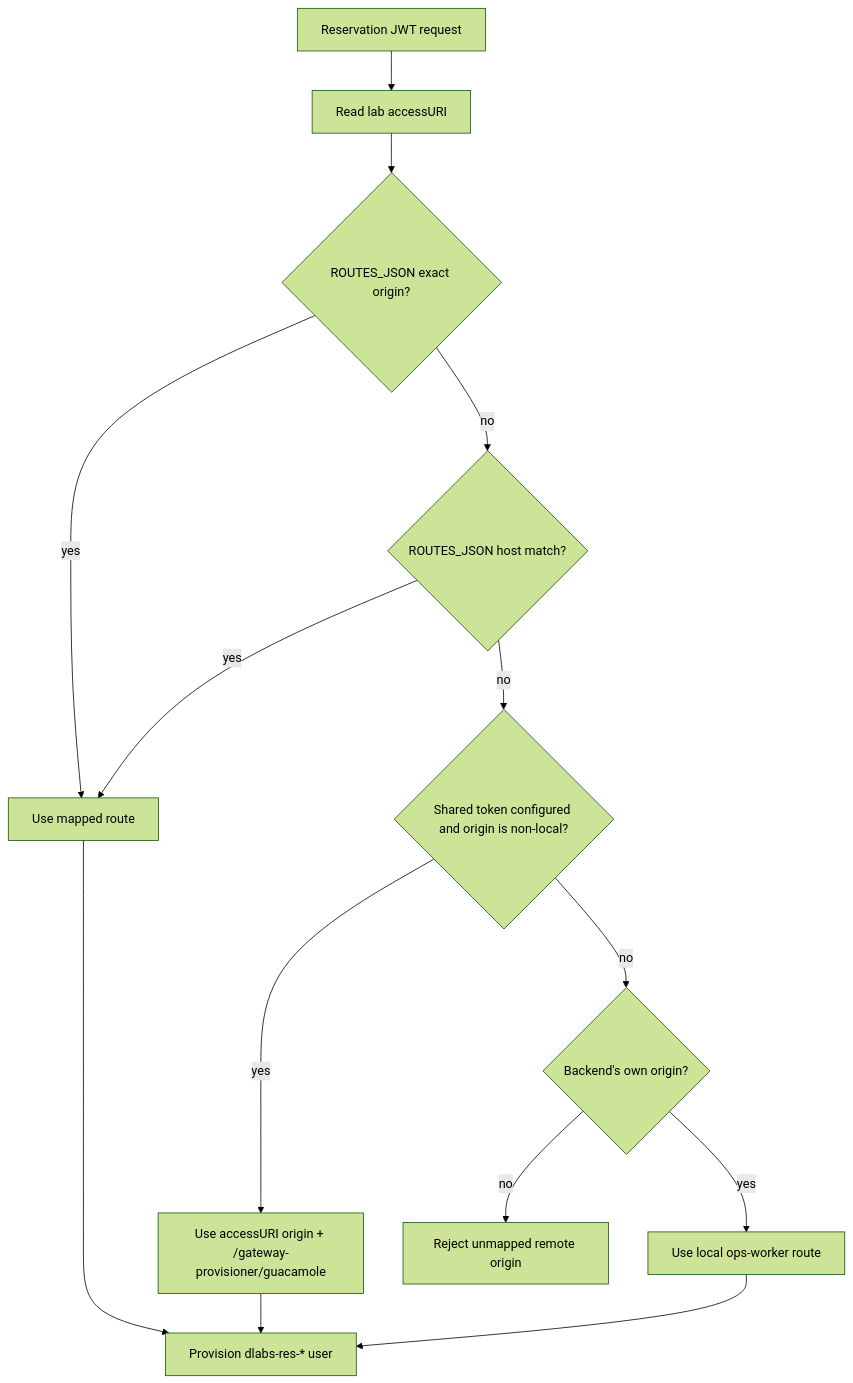
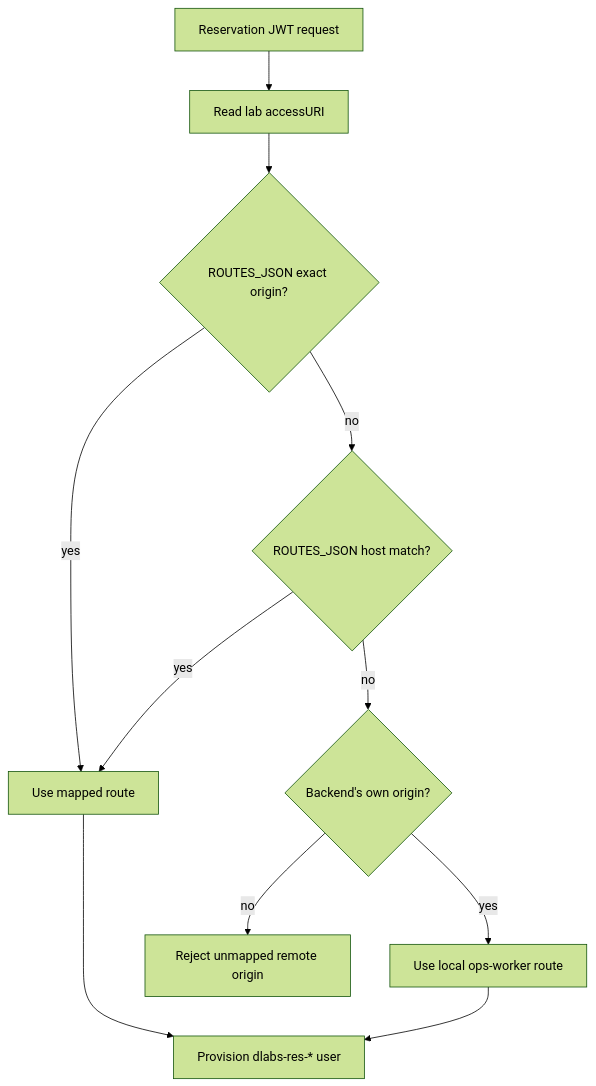
Before and after one commit to DecentraLabsCom/Lab-Gateway: the second of 2 diagrams in docs/deployment-architectures.md, drawn with Mermaid (forest theme). The commit also changed other lines of this file and 28 other files, not shown here.

````diff
--- a/docs/deployment-architectures.md
+++ b/docs/deployment-architectures.md
@@ -173,16 +174,13 @@
 ```mermaid
 flowchart TD
     Start["Reservation JWT request"] --> AccessUri["Read lab accessURI"]
     AccessUri --> Exact{"ROUTES_JSON exact origin?"}
     Exact -- "yes" --> RouteMap["Use mapped route"]
     Exact -- "no" --> Host{"ROUTES_JSON host match?"}
     Host -- "yes" --> RouteMap
-    Host -- "no" --> Shared{"Shared token configured and origin is non-local?"}
-    Shared -- "yes" --> Derived["Use accessURI origin + /gateway-provisioner/guacamole"]
-    Shared -- "no" --> IsLocal{"Backend's own origin?"}
+    Host -- "no" --> IsLocal{"Backend's own origin?"}
     IsLocal -- "yes" --> Local["Use local ops-worker route"]
     IsLocal -- "no" --> Reject["Reject unmapped remote origin"]
     RouteMap --> Provision["Provision dlabs-res-* user"]
-    Derived --> Provision
     Local --> Provision
 ```
````
